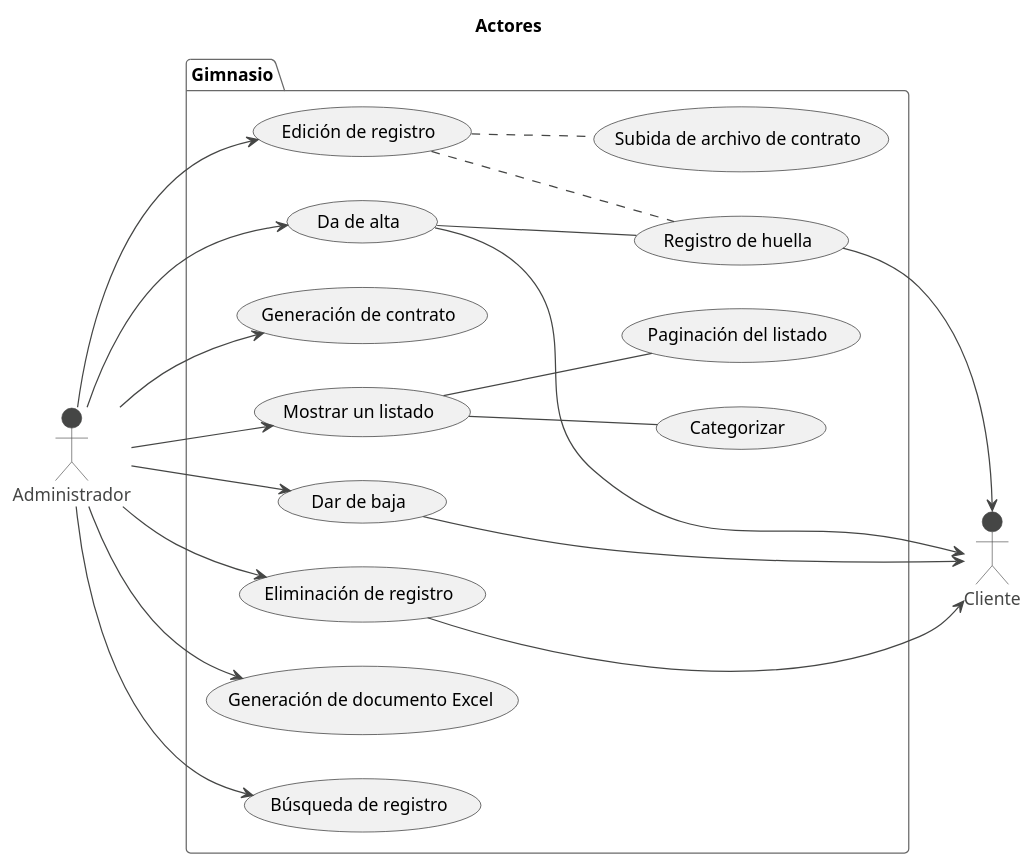
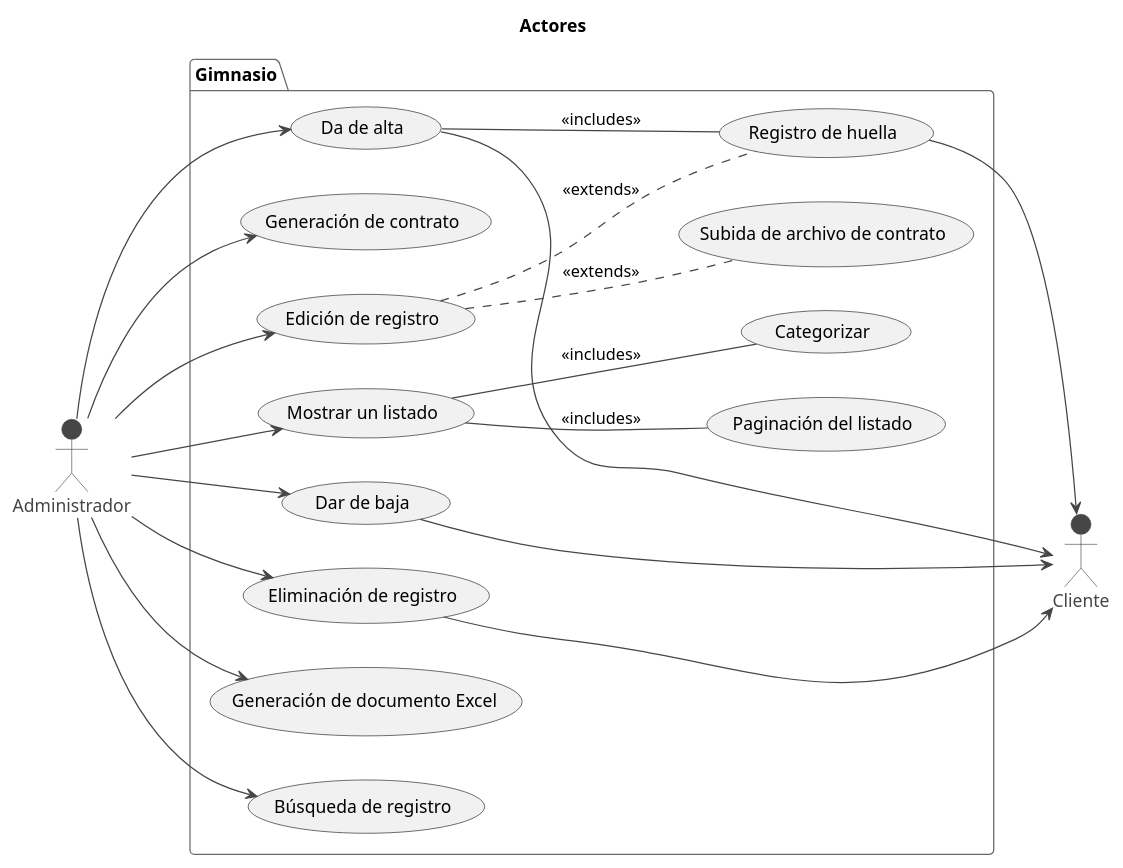
The diagram in gimnasio/diagramaActores.plantuml (josueMerino/TFG-Docs), drawn with PlantUML before and after one commit. The commit also changed 2 other files, not shown here.

Commit message:
Diagramas de actores completados

```diff
--- a/gimnasio/diagramaActores.plantuml
+++ b/gimnasio/diagramaActores.plantuml
@@ -1,44 +1,44 @@
 @startuml
 !theme vibrant
 left to right direction
 title Actores
 Administrador as Admin
 Cliente as Client
 
 package Gimnasio {
  usecase "Da de alta" as UC1
  usecase "Categorizar" as UC2
  usecase "Dar de baja" as UC3
  usecase "Generación de contrato" as UC4
  usecase "Edición de registro" as UC5
  usecase "Registro de huella" as UC6
  usecase "Mostrar un listado" as UC7
  usecase "Eliminación de registro" as UC8
  usecase "Generación de documento Excel" as UC9
  usecase "Paginación del listado" as UC10
  usecase "Búsqueda de registro" as UC11
  usecase "Subida de archivo de contrato" as UC12
 }
 
 Admin --> UC1
 Admin --> UC3
 Admin --> UC4
 Admin --> UC5
 Admin --> UC7
 Admin --> UC8
 Admin --> UC9
 Admin --> UC11
 
-UC1 -- UC6
+UC1 -- UC6 : <<includes>>
 UC1 --> Client
 UC6 --> Client
 UC3 --> Client
 UC8 --> Client
 
-UC7 -- UC2
-UC7 -- UC10
+UC7 -- UC2 : <<includes>>
+UC7 -- UC10 : <<includes>>
 
-UC5 .. UC6
-UC5 .. UC12
+UC5 .. UC6 : <<extends>>
+UC5 .. UC12 : <<extends>>
 
 @enduml
```
